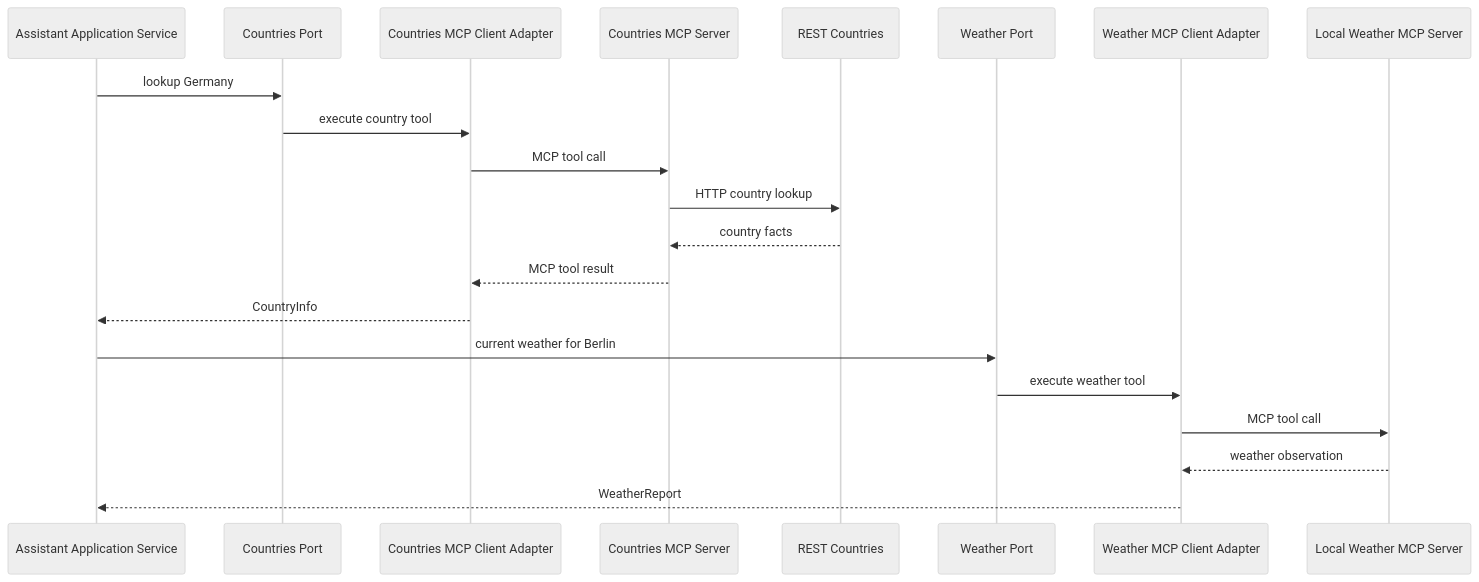
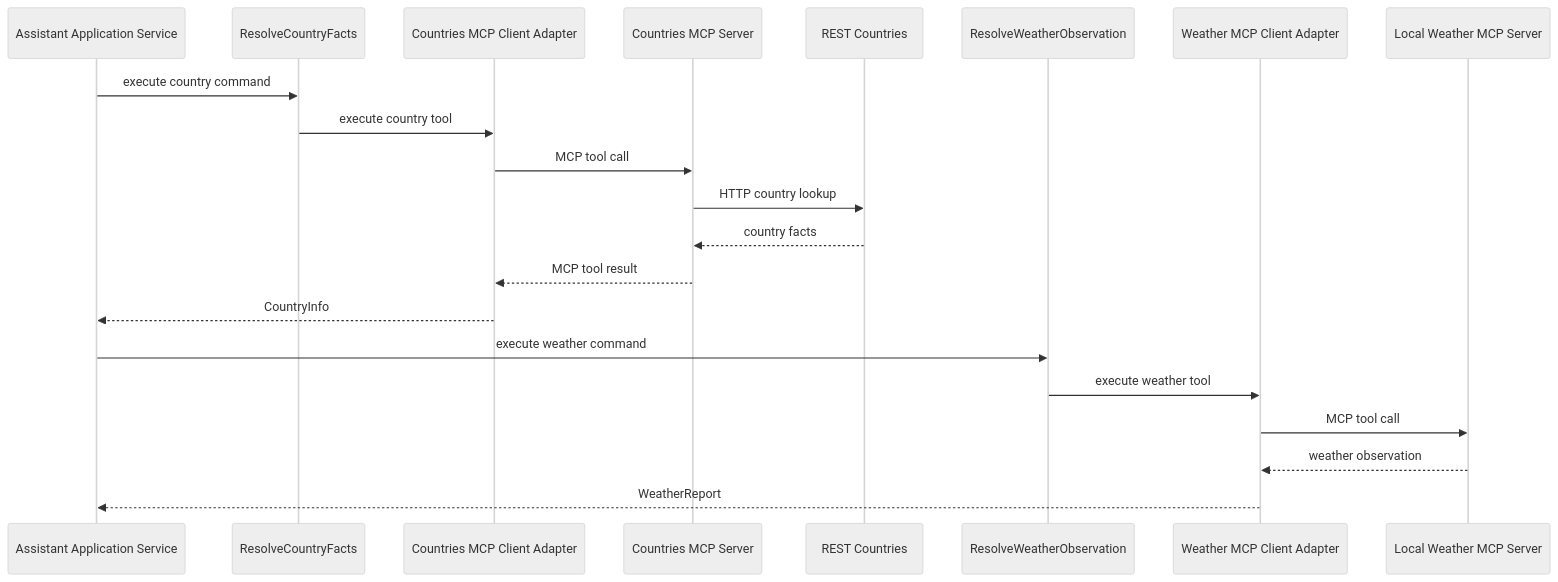
Before and after one commit to lyingparachute/ai-assistant: the third of 6 diagrams in docs/spec/05-architecture.md, drawn with Mermaid (neutral theme). The commit also changed other lines of this file and 412 other files, not shown here.

First line of the commit message:
refactor(assistant): hexagonal feature-slice architecture

````diff
--- a/docs/spec/05-architecture.md
+++ b/docs/spec/05-architecture.md
@@ -297,25 +344,25 @@
 ```mermaid
 sequenceDiagram
     participant App as Assistant Application Service
-    participant CountriesPort as Countries Port
+    participant CountryFacts as ResolveCountryFacts
     participant CountriesClient as Countries MCP Client Adapter
     participant CountriesServer as Countries MCP Server
     participant RestCountries as REST Countries
-    participant WeatherPort as Weather Port
+    participant WeatherObservation as ResolveWeatherObservation
     participant WeatherClient as Weather MCP Client Adapter
     participant WeatherServer as Local Weather MCP Server
 
-    App->>CountriesPort: lookup Germany
-    CountriesPort->>CountriesClient: execute country tool
+    App->>CountryFacts: execute country command
+    CountryFacts->>CountriesClient: execute country tool
     CountriesClient->>CountriesServer: MCP tool call
     CountriesServer->>RestCountries: HTTP country lookup
     RestCountries-->>CountriesServer: country facts
     CountriesServer-->>CountriesClient: MCP tool result
     CountriesClient-->>App: CountryInfo
 
-    App->>WeatherPort: current weather for Berlin
-    WeatherPort->>WeatherClient: execute weather tool
+    App->>WeatherObservation: execute weather command
+    WeatherObservation->>WeatherClient: execute weather tool
     WeatherClient->>WeatherServer: MCP tool call
     WeatherServer-->>WeatherClient: weather observation
     WeatherClient-->>App: WeatherReport
 ```
````
